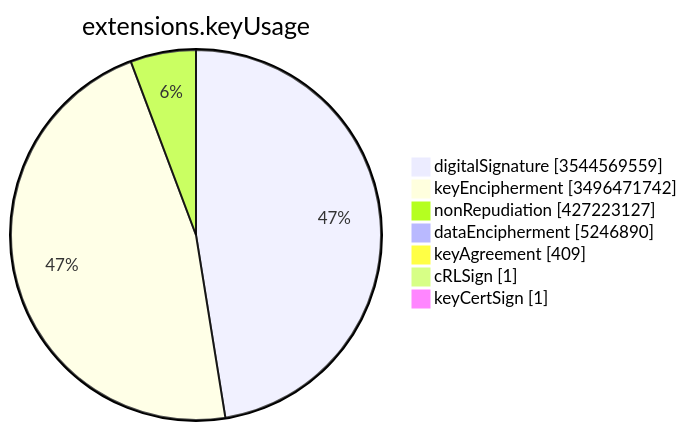
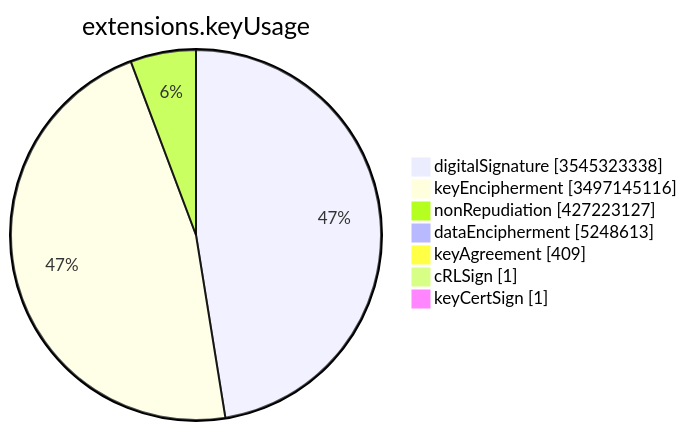
One commit to christiankrug/ctmonitor_visualization changed the sixth of 15 diagrams in TOTAL/README.md. Above: the diagram before and after it, drawn with Mermaid. The commit also changed other lines of this file, not shown here.

````diff
--- a/TOTAL/README.md
+++ b/TOTAL/README.md
@@ -3083,11 +3083,11 @@
 ```mermaid
 pie showData
 title extensions.keyUsage
-"digitalSignature" :3544569559
-"keyEncipherment" :3496471742
+"digitalSignature" :3545323338
+"keyEncipherment" :3497145116
 "nonRepudiation" :427223127
-"dataEncipherment" :5246890
+"dataEncipherment" :5248613
 "keyAgreement" :409
 "cRLSign" :1
 "keyCertSign" :1
 ```
````
